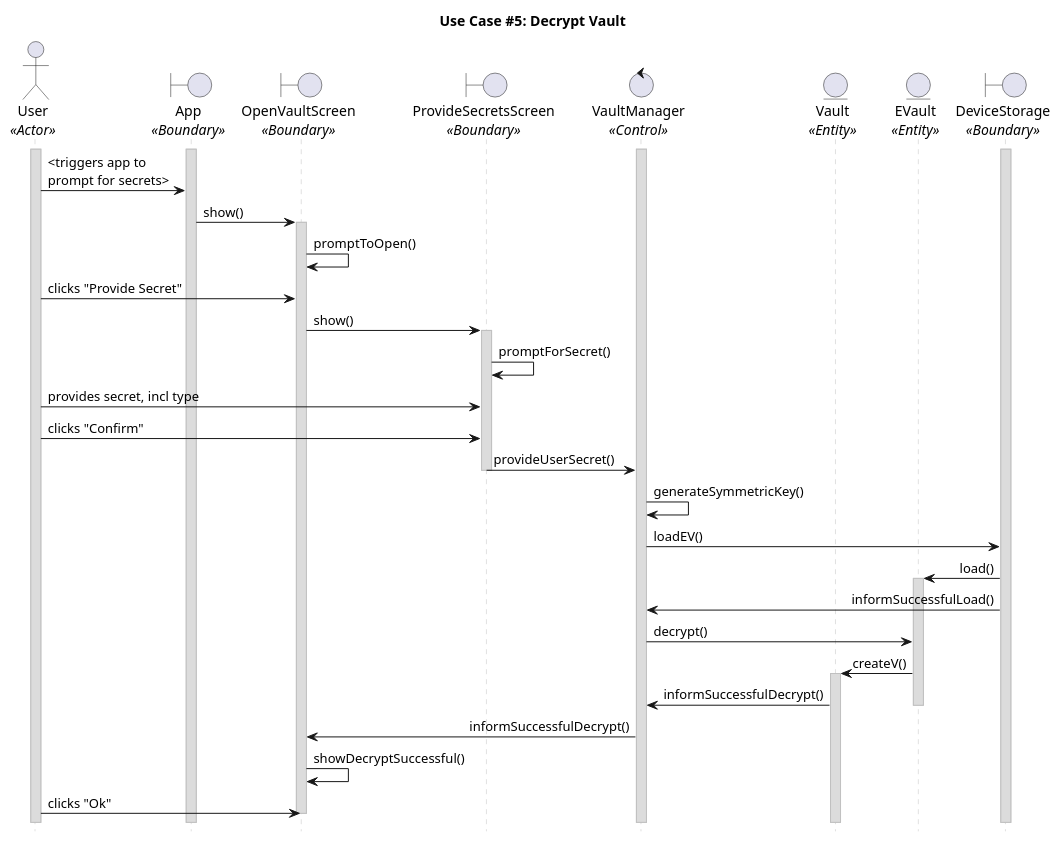
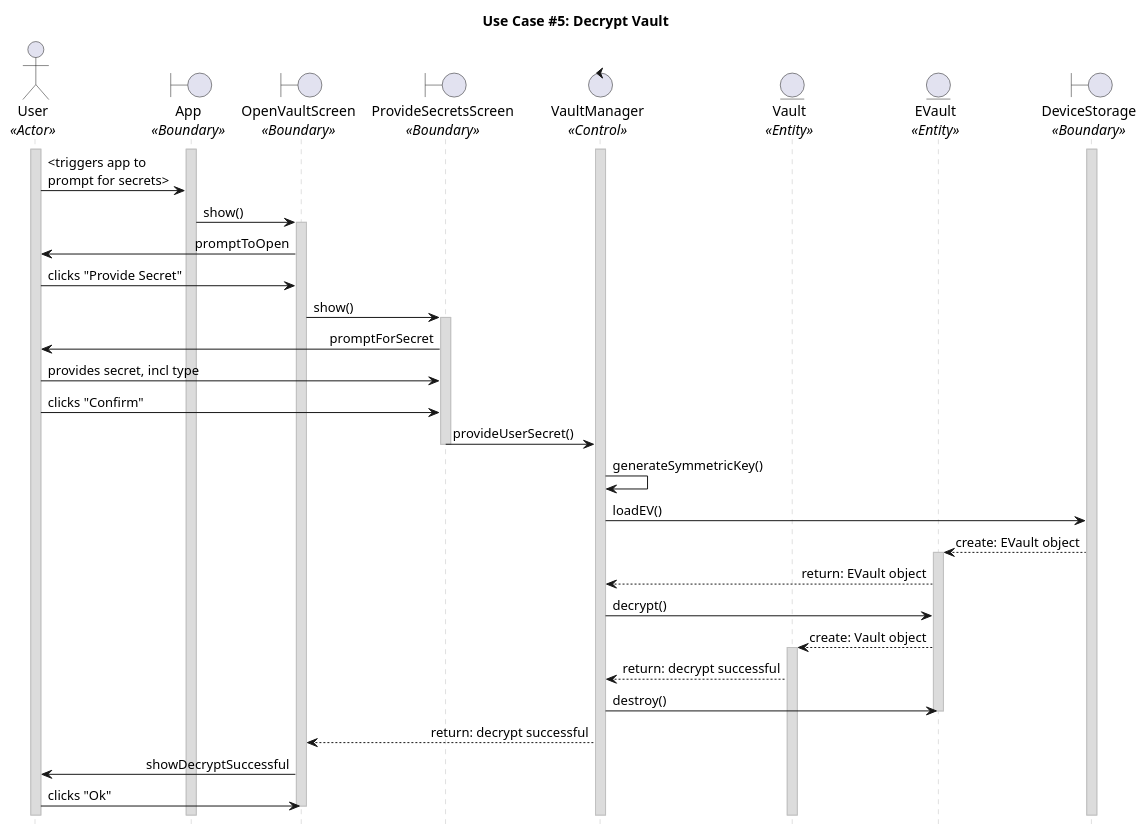
The diagram in uc_05.puml (CECS-491-SP24-Group-1/seq-diagrams), drawn with PlantUML before and after one commit. The commit also changed 1 other file, not shown here.

```diff
--- a/uc_05.puml
+++ b/uc_05.puml
@@ -1,71 +1,72 @@
 @startuml uc05
 title "Use Case #5: Decrypt Vault"
 
 'Styling goes here
 hide footbox
 skinparam stereotypePosition bottom
 skinparam sequenceMessageAlign direction
 skinparam sequence {
 	LifeLineBorderColor #Silver
 	LifeLineBackgroundColor #Gainsboro
 }
 
 'Setup the objects involved here
 actor User as u <<Actor>>
 boundary App as a <<Boundary>>
 boundary OpenVaultScreen as ovs <<Boundary>>
 boundary ProvideSecretsScreen as pss <<Boundary>>
 control VaultManager as vm <<Control>>
 entity Vault as v <<Entity>>
 entity EVault as ev <<Entity>>
 boundary DeviceStorage as ds <<Boundary>>
 
 'Setup persistent objects here
 activate u
 activate a
 activate vm
 activate ds
 
 '--- FLOW OF CONTROL STARTS HERE ---
 'User presents secret to the user interface.
 u -> a: <triggers app to \nprompt for secrets>
 
 'The user is prompted to provide a secret; can differ from the one previously provided.
 a -> ovs: show()
 activate ovs
-ovs -> ovs: promptToOpen()
+ovs -> u: promptToOpen
 u -> ovs: clicks "Provide Secret"
 ovs -> pss: show()
 activate pss
-pss -> pss: promptForSecret()
+pss -> u: promptForSecret
 
 'The user provides a secret to decrypt the vault with.
 u -> pss: provides secret, incl type
 u -> pss: clicks "Confirm"
 pss -> vm: provideUserSecret()
 deactivate pss
 
 'The secret is converted into its equivalent symmetric key.
 vm -> vm: generateSymmetricKey()
 
 'The vault is decrypted using the symmetric key.
 vm -> ds: loadEV()
-ds -> ev: load()
+ds --> ev: create: EVault object
 activate ev
-ds -> vm: informSuccessfulLoad()
+ev --> vm: return: EVault object
 vm -> ev: decrypt()
 
 'The vault is loaded into memory as the transient in-memory vault.
-ev -> v: createV()
+ev --> v: create: Vault object
 activate v
-v -> vm: informSuccessfulDecrypt()
+v --> vm: return: decrypt successful
+vm -> ev: destroy()
 deactivate ev
-vm -> ovs: informSuccessfulDecrypt()
+vm --> ovs: return: decrypt successful
 
 'Cleanup
-ovs -> ovs: showDecryptSuccessful()
+ovs -> u: showDecryptSuccessful
 u -> ovs: clicks "Ok"
 deactivate ovs
 '--- FLOW OF CONTROL ENDS HERE   ---
 
 @enduml
```
